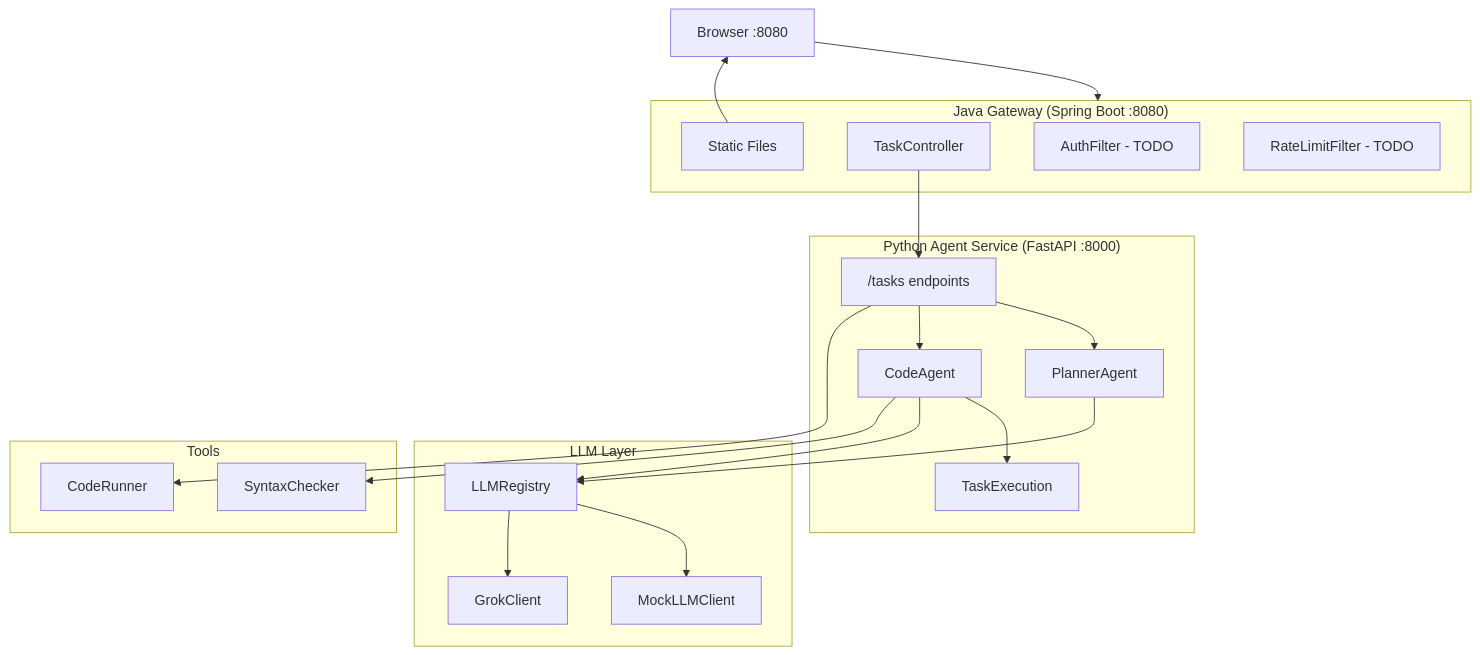
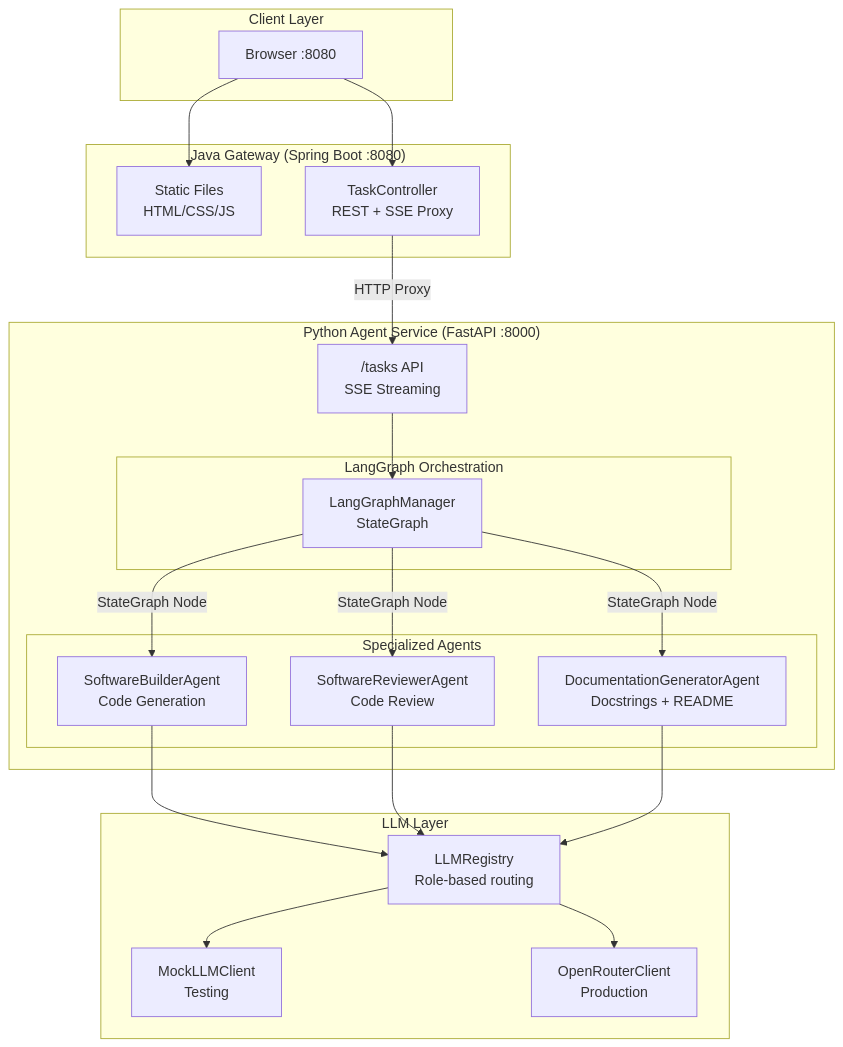
The first of 4 diagrams in CLAUDE.MD (aregmii/langgraph-agentic-dev-starter), drawn with Mermaid before and after one commit. The commit also changed other lines of this file and 24 other files, not shown here.

````diff
--- a/CLAUDE.MD
+++ b/CLAUDE.MD
@@ -20,42 +34,44 @@
 ```mermaid
 flowchart TB
-    Browser[Browser :8080]
+    subgraph Client["Client Layer"]
+        Browser[Browser :8080]
+    end
 
     subgraph Gateway["Java Gateway (Spring Boot :8080)"]
-        Static[Static Files]
-        TaskCtrl[TaskController]
-        AuthFilter[AuthFilter - TODO]
-        RateFilter[RateLimitFilter - TODO]
+        Static[Static Files<br/>HTML/CSS/JS]
+        TaskCtrl[TaskController<br/>REST + SSE Proxy]
     end
 
-    subgraph Agent["Python Agent Service (FastAPI :8000)"]
-        Routes["/tasks endpoints"]
-        PlannerAgent[PlannerAgent]
-        CodeAgent[CodeAgent]
-        TaskExec[TaskExecution]
+    subgraph AgentService["Python Agent Service (FastAPI :8000)"]
+        Routes["/tasks API<br/>SSE Streaming"]
+
+        subgraph Orchestration["LangGraph Orchestration"]
+            Manager[LangGraphManager<br/>StateGraph]
+        end
+
+        subgraph Agents["Specialized Agents"]
+            Builder[SoftwareBuilderAgent<br/>Code Generation]
+            Reviewer[SoftwareReviewerAgent<br/>Code Review]
+            DocGen[DocumentationGeneratorAgent<br/>Docstrings + README]
+        end
     end
 
-    subgraph LLM["LLM Layer"]
-        Registry[LLMRegistry]
-        Mock[MockLLMClient]
-        Grok[GrokClient]
+    subgraph LLMLayer["LLM Layer"]
+        Registry[LLMRegistry<br/>Role-based routing]
+        Mock[MockLLMClient<br/>Testing]
+        OpenRouter[OpenRouterClient<br/>Production]
     end
 
-    subgraph Tools["Tools"]
-        Syntax[SyntaxChecker]
-        Runner[CodeRunner]
-    end
-
-    Browser --> Gateway
-    Static --> Browser
-    TaskCtrl --> Routes
-    Routes --> PlannerAgent
-    PlannerAgent --> Registry
-    Routes --> CodeAgent
-    CodeAgent --> TaskExec
-    CodeAgent --> Registry
+    Browser --> Static
+    Browser --> TaskCtrl
+    TaskCtrl -->|HTTP Proxy| Routes
+    Routes --> Manager
+    Manager -->|StateGraph Node| Builder
+    Manager -->|StateGraph Node| Reviewer
+    Manager -->|StateGraph Node| DocGen
+    Builder --> Registry
+    Reviewer --> Registry
+    DocGen --> Registry
     Registry --> Mock
-    Registry --> Grok
-    CodeAgent --> Syntax
-    Routes --> Runner
+    Registry --> OpenRouter
 ```
````
